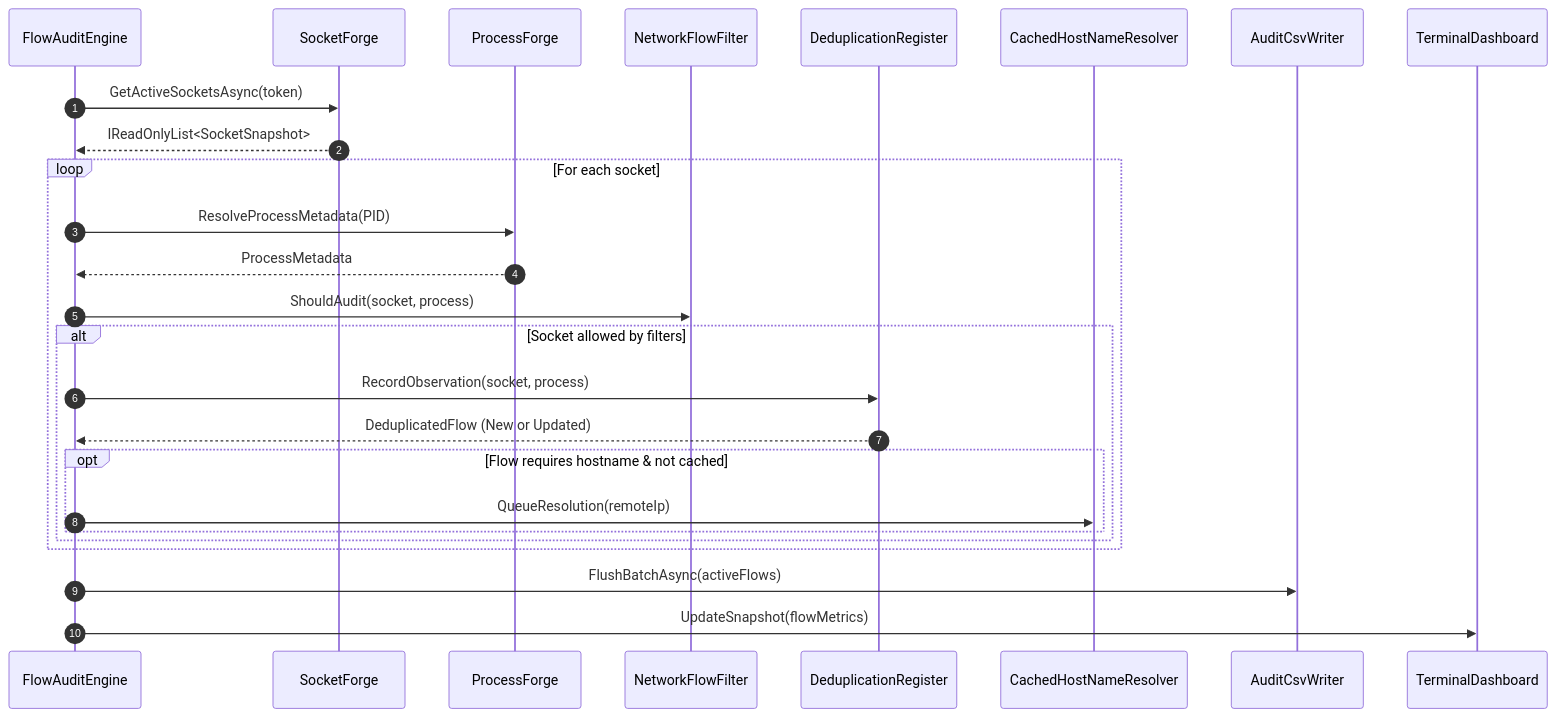
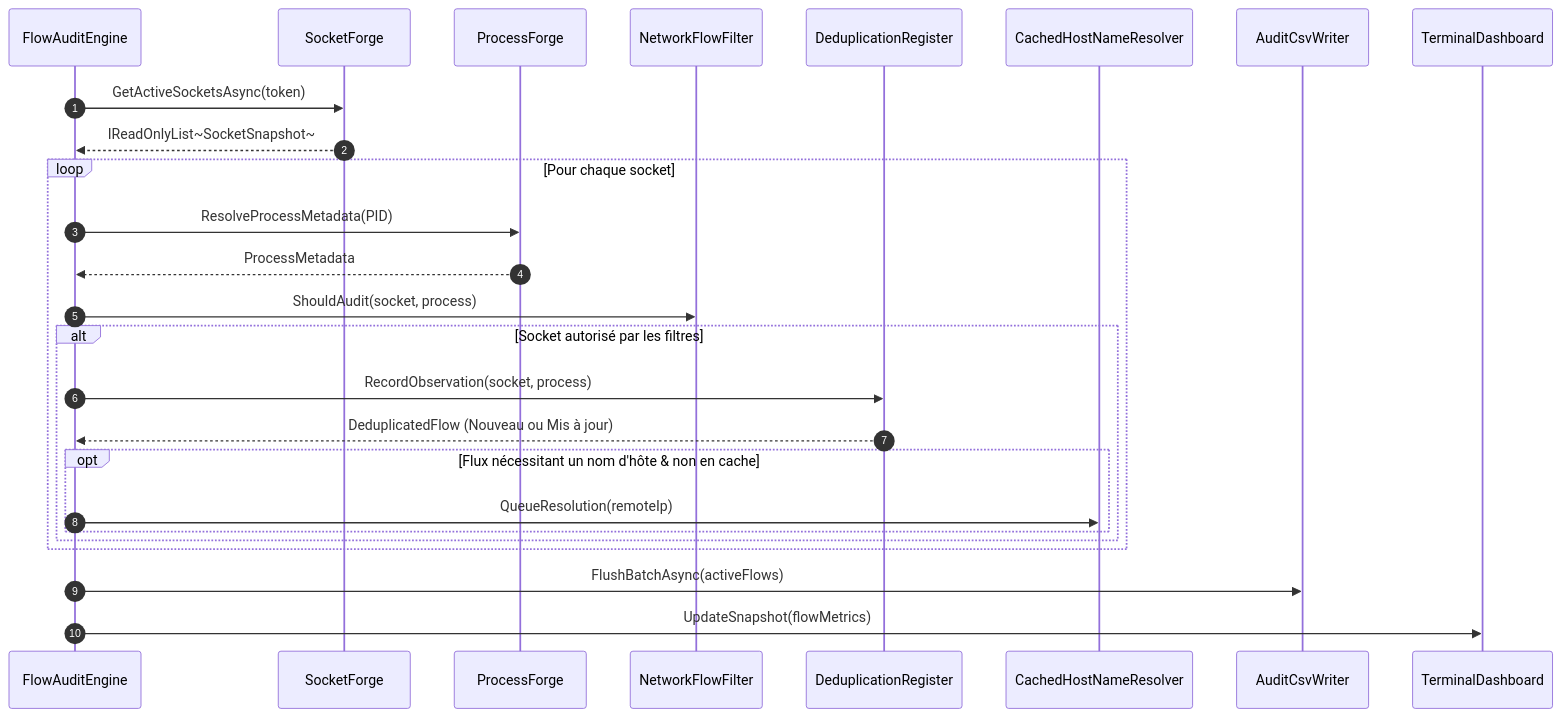
One commit to cedric-labs/NetFlowAudit changed the third of 3 diagrams in docs/architecture.md. Above: the diagram before and after it, drawn with Mermaid. The commit also changed other lines of this file and 4 other files, not shown here.

Commit message:
docs: add bilingual French and English versions for user-guide and architecture with language switchers

````diff
--- a/docs/architecture.md
+++ b/docs/architecture.md
@@ -108,31 +110,31 @@
 ```mermaid
 sequenceDiagram
     autonumber
     participant Engine as FlowAuditEngine
     participant SF as SocketForge
     participant PF as ProcessForge
     participant Filter as NetworkFlowFilter
     participant Dedup as DeduplicationRegister
     participant DNS as CachedHostNameResolver
     participant CSV as AuditCsvWriter
     participant UI as TerminalDashboard
 
     Engine->>SF: GetActiveSocketsAsync(token)
-    SF-->>Engine: IReadOnlyList<SocketSnapshot>
+    SF-->>Engine: IReadOnlyList~SocketSnapshot~
     
-    loop For each socket
+    loop Pour chaque socket
         Engine->>PF: ResolveProcessMetadata(PID)
         PF-->>Engine: ProcessMetadata
         Engine->>Filter: ShouldAudit(socket, process)
-        alt Socket allowed by filters
+        alt Socket autorisé par les filtres
             Engine->>Dedup: RecordObservation(socket, process)
-            Dedup-->>Engine: DeduplicatedFlow (New or Updated)
-            opt Flow requires hostname & not cached
+            Dedup-->>Engine: DeduplicatedFlow (Nouveau ou Mis à jour)
+            opt Flux nécessitant un nom d'hôte & non en cache
                 Engine->>DNS: QueueResolution(remoteIp)
             end
         end
     end
 
     Engine->>CSV: FlushBatchAsync(activeFlows)
     Engine->>UI: UpdateSnapshot(flowMetrics)
 ```
````
